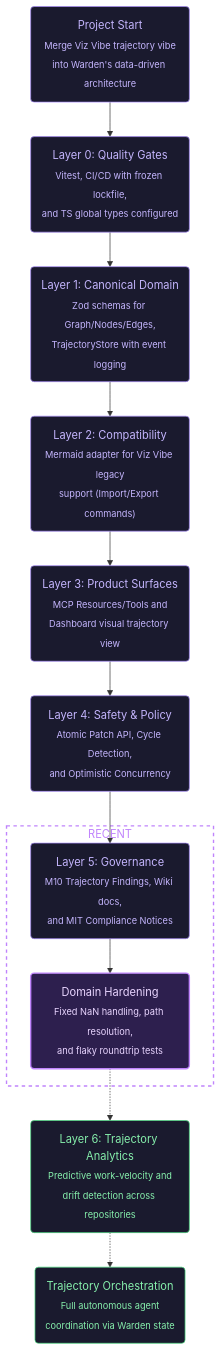
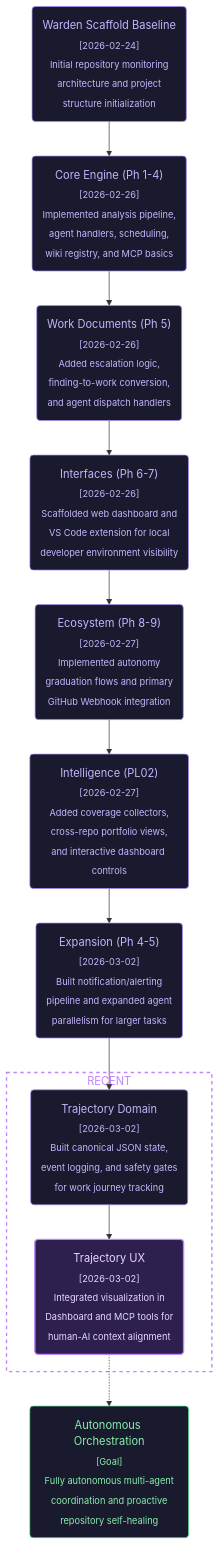
The diagram in vizvibe.mmd (ceponatia/warden), drawn with Mermaid before and after one commit. The commit also changed 1 other file, not shown here.

Commit message:
fix: parse and display historical commit dates in trajectory graph

```diff
--- a/vizvibe.mmd
+++ b/vizvibe.mmd
@@ -1,66 +1,79 @@
 flowchart TD
     %% === PROJECT GOALS ===
-    %% Ultimate Goal: Implement a robust, event-driven trajectory management system within Warden for multi-agent orchestration.
+    %% Ultimate Goal: Building an autonomous agent orchestration layer for comprehensive repository health monitoring.
+    %% Current Goal: Finalizing the event-driven Trajectory system for multi-agent coordination.
 
     %% === START ===
-    %% @project_start [start, closed]
-    project_start("Project Start<br/><sub>Merge Viz Vibe trajectory vibe<br/>into Warden's data-driven architecture</sub>")
+    %% @project_start [start, closed, 2026-02-24, coldaine]
+    project_start("Warden Scaffold Baseline<br/><sub>[2026-02-24]<br/>Initial repository monitoring<br/>architecture and project<br/>structure initialization</sub>")
 
-    %% @ultimate_goal [end, opened]
-    ultimate_goal("Trajectory Orchestration<br/><sub>Full autonomous agent<br/>coordination via Warden state</sub>")
+    %% @ultimate_goal [end, opened, 2026-03-02, coldaine]
+    ultimate_goal("Autonomous Orchestration<br/><sub>[Goal]<br/>Fully autonomous multi-agent<br/>coordination and proactive<br/>repository self-healing</sub>")
 
-    %% === COMPLETED WORK ===
-    %% @layer_0 [task, closed]
-    layer_0("Layer 0: Quality Gates<br/><sub>Vitest, CI/CD with frozen lockfile,<br/>and TS global types configured</sub>")
+    %% === PHASE 1-4: CORE FOUNDATION ===
+    %% @foundation [ai-task, closed, 2026-02-26, coldaine]
+    foundation("Core Engine (Ph 1-4)<br/><sub>[2026-02-26]<br/>Implemented analysis pipeline,<br/>agent handlers, scheduling,<br/>wiki registry, and MCP basics</sub>")
 
-    %% @layer_1 [task, closed]
-    layer_1("Layer 1: Canonical Domain<br/><sub>Zod schemas for Graph/Nodes/Edges,<br/>TrajectoryStore with event logging</sub>")
+    %% === PHASE 5: WORK MANAGEMENT ===
+    %% @work_docs [ai-task, closed, 2026-02-26, coldaine]
+    work_docs("Work Documents (Ph 5)<br/><sub>[2026-02-26]<br/>Added escalation logic,<br/>finding-to-work conversion,<br/>and agent dispatch handlers</sub>")
 
-    %% @layer_2 [task, closed]
-    layer_2("Layer 2: Compatibility<br/><sub>Mermaid adapter for Viz Vibe legacy<br/>support (Import/Export commands)</sub>")
+    %% === PHASE 6-7: INTERFACES ===
+    %% @surfaces [ai-task, closed, 2026-02-26, coldaine]
+    surfaces("Interfaces (Ph 6-7)<br/><sub>[2026-02-26]<br/>Scaffolded web dashboard and<br/>VS Code extension for local<br/>developer environment visibility</sub>")
 
-    %% @layer_3 [task, closed]
-    layer_3("Layer 3: Product Surfaces<br/><sub>MCP Resources/Tools and<br/>Dashboard visual trajectory view</sub>")
+    %% === PHASE 8-9: INTEGRATION ===
+    %% @autonomy_github [ai-task, closed, 2026-02-27, coldaine]
+    autonomy_github("Ecosystem (Ph 8-9)<br/><sub>[2026-02-27]<br/>Implemented autonomy<br/>graduation flows and primary<br/>GitHub Webhook integration</sub>")
 
-    %% @layer_4 [task, closed]
-    layer_4("Layer 4: Safety & Policy<br/><sub>Atomic Patch API, Cycle Detection,<br/>and Optimistic Concurrency</sub>")
+    %% === PL02 SERIES: INTELLIGENCE ===
+    %% @intelligence [ai-task, closed, 2026-02-27, coldaine]
+    intelligence("Intelligence (PL02)<br/><sub>[2026-02-27]<br/>Added coverage collectors,<br/>cross-repo portfolio views,<br/>and interactive dashboard controls</sub>")
 
-    %% @layer_5 [task, closed]
-    layer_5("Layer 5: Governance<br/><sub>M10 Trajectory Findings, Wiki docs,<br/>and MIT Compliance Notices</sub>")
+    %% === PH 4-5: SCALE ===
+    %% @expansion [ai-task, closed, 2026-03-02, coldaine]
+    expansion("Expansion (Ph 4-5)<br/><sub>[2026-03-02]<br/>Built notification/alerting<br/>pipeline and expanded agent<br/>parallelism for larger tasks</sub>")
 
-    %% @hardening [task, closed]
-    hardening("Domain Hardening<br/><sub>Fixed NaN handling, path resolution,<br/>and flaky roundtrip tests</sub>")
+    %% === TRAJECTORY SYSTEM (TODAY) ===
+    %% @trajectory_core [ai-task, closed, 2026-03-02, coldaine]
+    trajectory_core("Trajectory Domain<br/><sub>[2026-03-02]<br/>Built canonical JSON state,<br/>event logging, and safety gates<br/>for work journey tracking</sub>")
 
-    %% === FUTURE WORK ===
-    %% @layer_6 [task, opened]
-    layer_6("Layer 6: Trajectory Analytics<br/><sub>Predictive work-velocity and<br/>drift detection across repositories</sub>")
+    %% @trajectory_ux [ai-task, closed, 2026-03-02, coldaine]
+    trajectory_ux("Trajectory UX<br/><sub>[2026-03-02]<br/>Integrated visualization in<br/>Dashboard and MCP tools for<br/>human-AI context alignment</sub>")
 
     %% === CONNECTIONS ===
-    project_start --> layer_0
-    layer_0 --> layer_1
-    layer_1 --> layer_2
-    layer_2 --> layer_3
-    layer_3 --> layer_4
-    layer_4 --> layer_5
-    layer_5 --> hardening
-    hardening -.-> layer_6
-    layer_6 -.-> ultimate_goal
+    project_start --> foundation
+    foundation --> work_docs
+    work_docs --> surfaces
+    surfaces --> autonomy_github
+    autonomy_github --> intelligence
+    intelligence --> expansion
+    expansion --> trajectory_core
+    trajectory_core --> trajectory_ux
+    trajectory_ux -.-> ultimate_goal
 
     %% === RECENT WORK HIGHLIGHT ===
     subgraph recent [RECENT]
-        layer_5
-        hardening
+        trajectory_core
+        trajectory_ux
     end
 
     %% === STYLES ===
+    %% Closed tasks (soft purple)
     style project_start fill:#1a1a2e,stroke:#a78bfa,color:#c4b5fd,stroke-width:1px
-    style layer_0 fill:#1a1a2e,stroke:#a78bfa,color:#c4b5fd,stroke-width:1px
-    style layer_1 fill:#1a1a2e,stroke:#a78bfa,color:#c4b5fd,stroke-width:1px
-    style layer_2 fill:#1a1a2e,stroke:#a78bfa,color:#c4b5fd,stroke-width:1px
-    style layer_3 fill:#1a1a2e,stroke:#a78bfa,color:#c4b5fd,stroke-width:1px
-    style layer_4 fill:#1a1a2e,stroke:#a78bfa,color:#c4b5fd,stroke-width:1px
-    style layer_5 fill:#1a1a2e,stroke:#a78bfa,color:#c4b5fd,stroke-width:1px
-    style hardening fill:#2d1f4e,stroke:#c084fc,color:#e9d5ff,stroke-width:2px
-    style layer_6 fill:#1a1a2e,stroke:#4ade80,color:#86efac,stroke-width:1px
+    style foundation fill:#1a1a2e,stroke:#a78bfa,color:#c4b5fd,stroke-width:1px
+    style work_docs fill:#1a1a2e,stroke:#a78bfa,color:#c4b5fd,stroke-width:1px
+    style surfaces fill:#1a1a2e,stroke:#a78bfa,color:#c4b5fd,stroke-width:1px
+    style autonomy_github fill:#1a1a2e,stroke:#a78bfa,color:#c4b5fd,stroke-width:1px
+    style intelligence fill:#1a1a2e,stroke:#a78bfa,color:#c4b5fd,stroke-width:1px
+    style expansion fill:#1a1a2e,stroke:#a78bfa,color:#c4b5fd,stroke-width:1px
+    style trajectory_core fill:#1a1a2e,stroke:#a78bfa,color:#c4b5fd,stroke-width:1px
+
+    %% Recent node (highlighted purple)
+    style trajectory_ux fill:#2d1f4e,stroke:#c084fc,color:#e9d5ff,stroke-width:2px
+
+    %% Recent subgraph (dashed border)
+    style recent fill:transparent,stroke:#c084fc,color:#c084fc,stroke-width:2px,stroke-dasharray:5 5
+
+    %% Open tasks (soft green)
     style ultimate_goal fill:#1a1a2e,stroke:#4ade80,color:#86efac,stroke-width:1px
-    style recent fill:transparent,stroke:#c084fc,color:#c084fc,stroke-width:2px,stroke-dasharray:5 5
```
